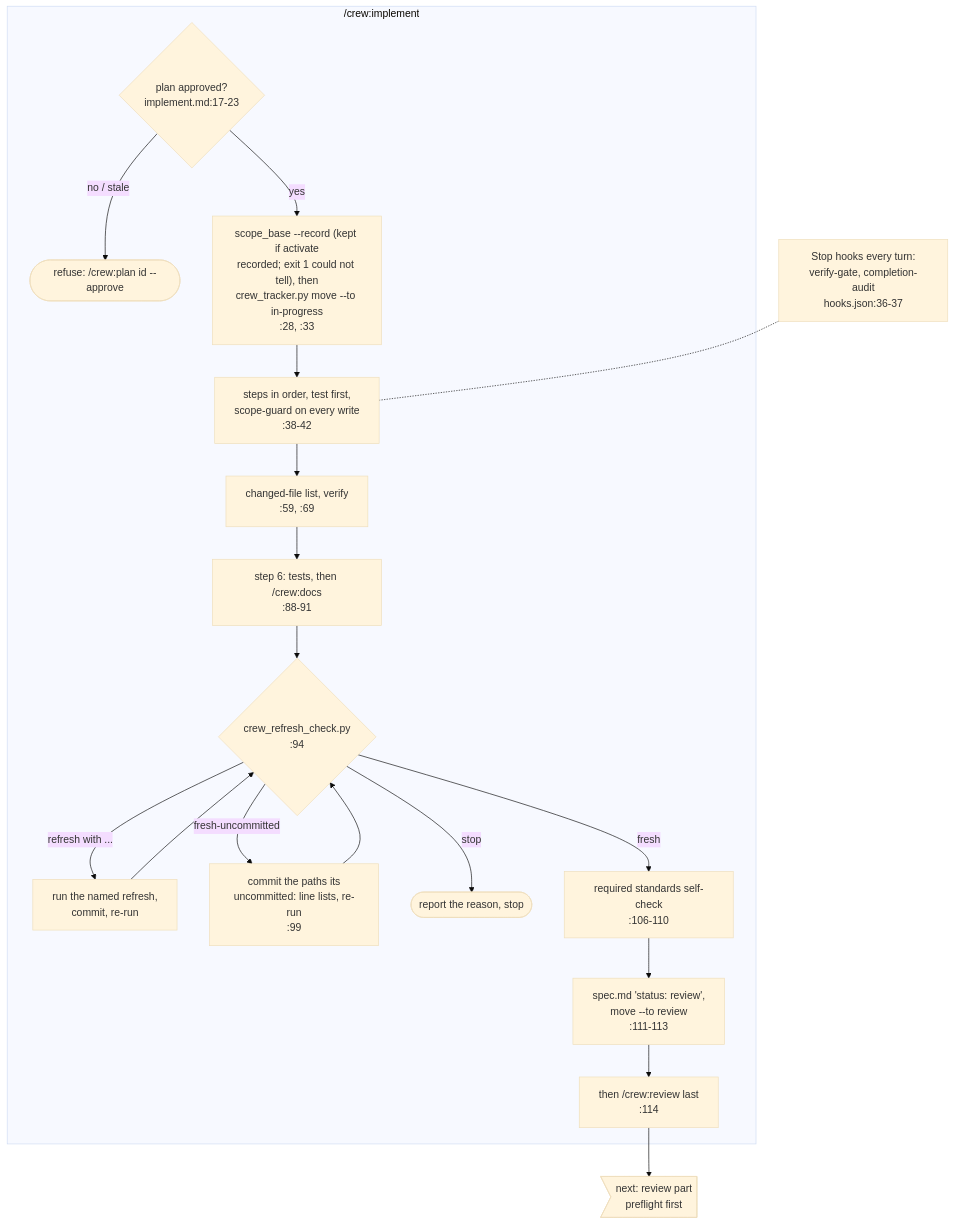
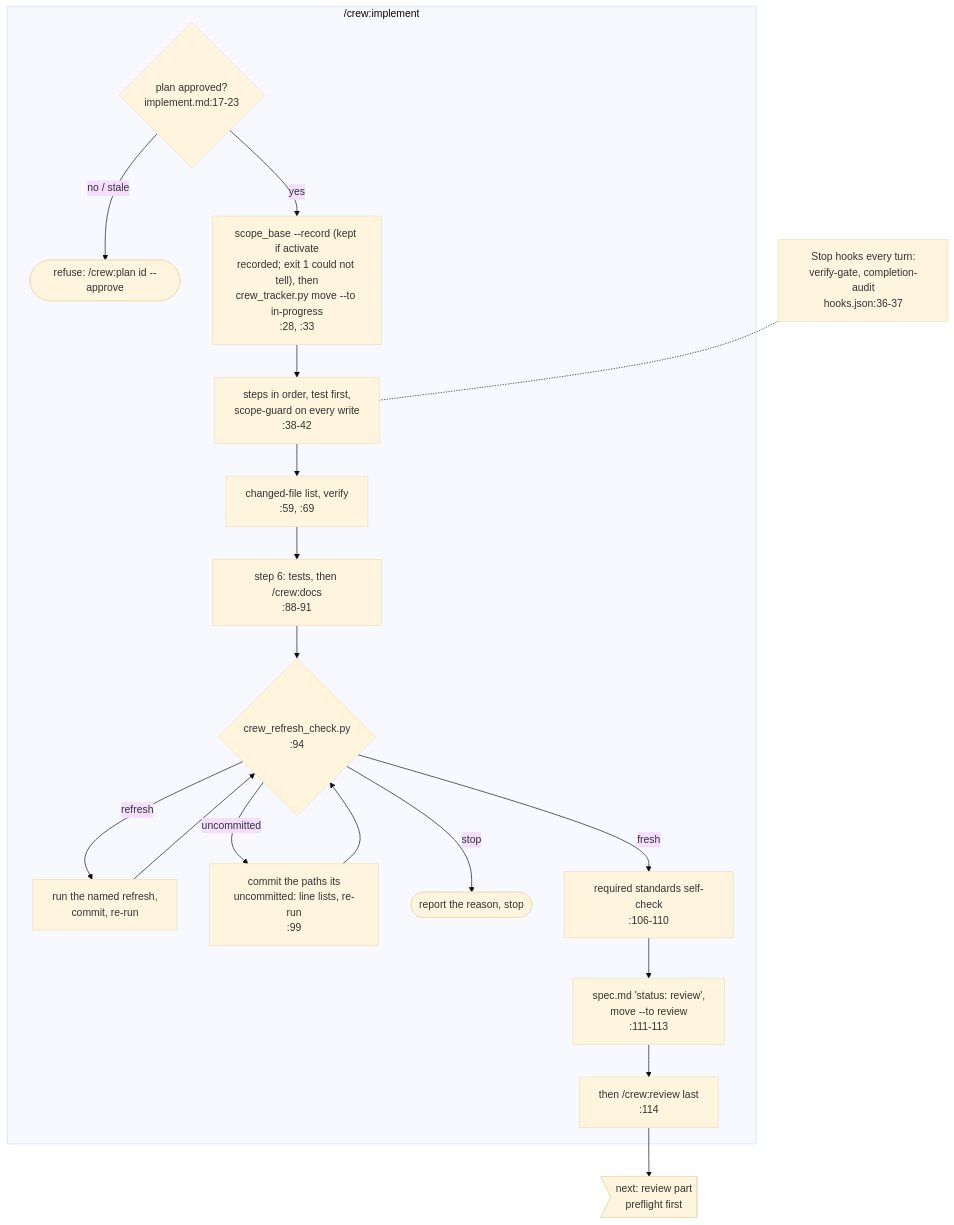
Diagram 31 of 38 in docs/diagrams/README.md (mbadali25/useful-claude-add-ons), drawn with Mermaid (base theme) before and after one commit. The commit also changed other lines of this file and 29 other files, not shown here.

First line of the commit message:
L-0850: docs and artifact refresh (codemap, rules, diagrams, graph, README and SECURITY.md for the 36 to 16 hooks.json change); docs/refresh only, no code (owner waiver 2026-10-20)

````diff
--- a/docs/diagrams/README.md
+++ b/docs/diagrams/README.md
@@ -1176,24 +1176,24 @@
 ```mermaid
 flowchart TB
     subgraph implement["/crew:implement"]
         im0{"plan approved?<br/>implement.md:17-23"}
         im0 -- "no / stale" --> imx([refuse: /crew:plan id --approve])
         im0 -- yes --> im1["scope_base --record (kept if activate<br/>recorded; exit 1 could not tell), then<br/>crew_tracker.py move --to in-progress<br/>:28, :33"]
         im1 --> im2["steps in order, test first,<br/>scope-guard on every write<br/>:38-42"]
         im2 --> im3a["changed-file list, verify<br/>:59, :69"]
         im3a --> im3["step 6: tests, then /crew:docs<br/>:88-91"]
         im3 --> rf1{"crew_refresh_check.py<br/>:94"}
-        rf1 -- "refresh with ..." --> rf2["run the named refresh,<br/>commit, re-run"]
+        rf1 -- refresh --> rf2["run the named refresh,<br/>commit, re-run"]
         rf2 --> rf1
-        rf1 -- "fresh-uncommitted" --> rf3["commit the paths its<br/>uncommitted: line lists, re-run<br/>:99"]
+        rf1 -- uncommitted --> rf3["commit the paths its<br/>uncommitted: line lists, re-run<br/>:99"]
         rf3 --> rf1
         rf1 -- "stop" --> rfx([report the reason, stop])
         rf1 -- fresh --> sc1["required standards self-check<br/>:106-110"]
         sc1 --> im4["spec.md 'status: review',<br/>move --to review<br/>:111-113"]
         im4 --> im5["then /crew:review last<br/>:114"]
     end
 
     im5 --> to_pf0>"next: review part<br/>preflight first"]
 
     stop["Stop hooks every turn:<br/>verify-gate, completion-audit<br/>hooks.json:36-37"] -.- im2
 ```
````
